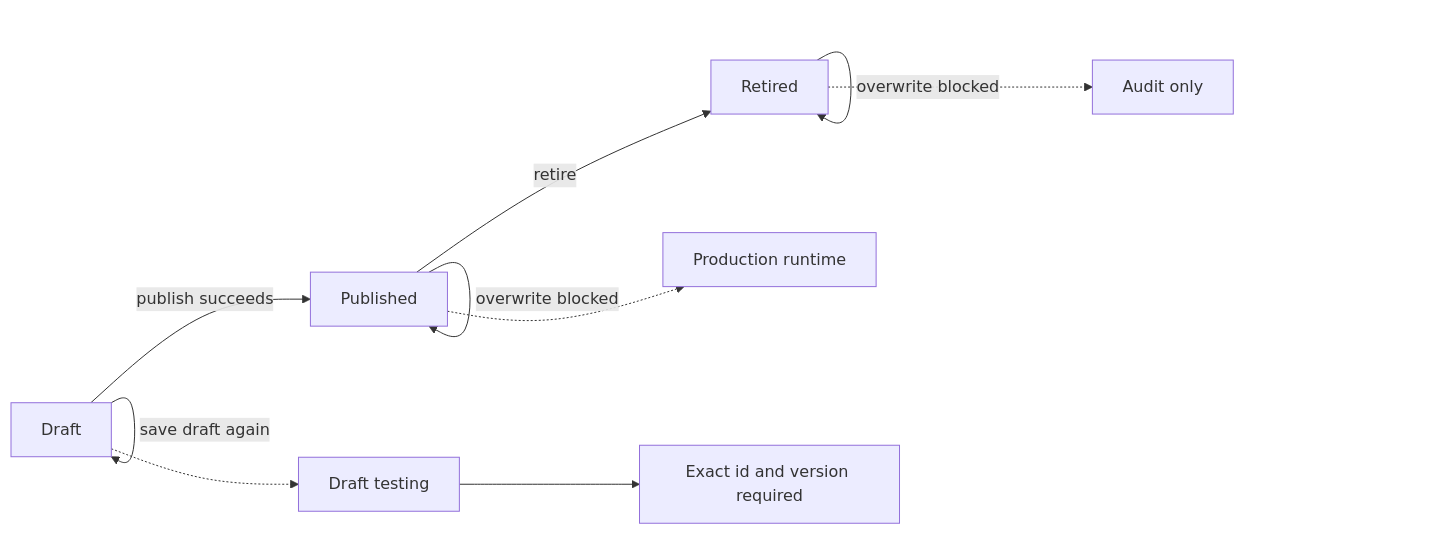
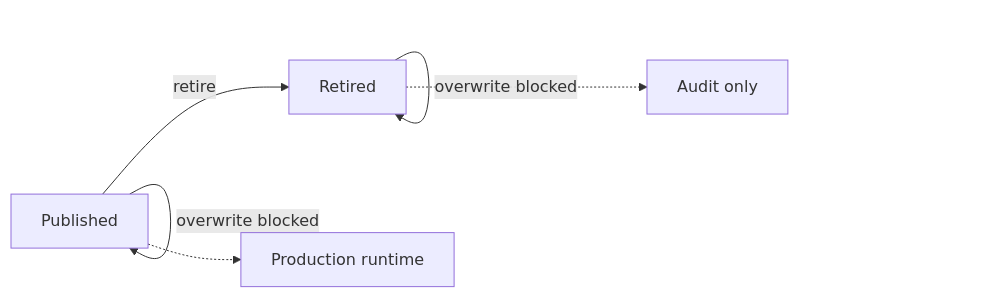
The second of 3 diagrams in README.md (arbaizam/rules_engine), drawn with Mermaid before and after one commit. The commit also changed other lines of this file and 36 other files, not shown here.

````diff
--- a/README.md
+++ b/README.md
@@ -1219,21 +1092,14 @@
 ```mermaid
 flowchart LR
-    A[Draft]
-    B[Published]
-    C[Retired]
-    D[Draft testing]
-    E[Production runtime]
-    F[Audit only]
-    G[Exact id and version required]
+    A[Published]
+    B[Retired]
+    C[Production runtime]
+    D[Audit only]
 
-    A -->|save draft again| A
-    A -->|publish succeeds| B
-    B -->|retire| C
+    A -->|retire| B
+    A -->|overwrite blocked| A
     B -->|overwrite blocked| B
-    C -->|overwrite blocked| C
 
-    A -.-> D
-    D --> G
-    B -.-> E
-    C -.-> F
+    A -.-> C
+    B -.-> D
 ```
````
